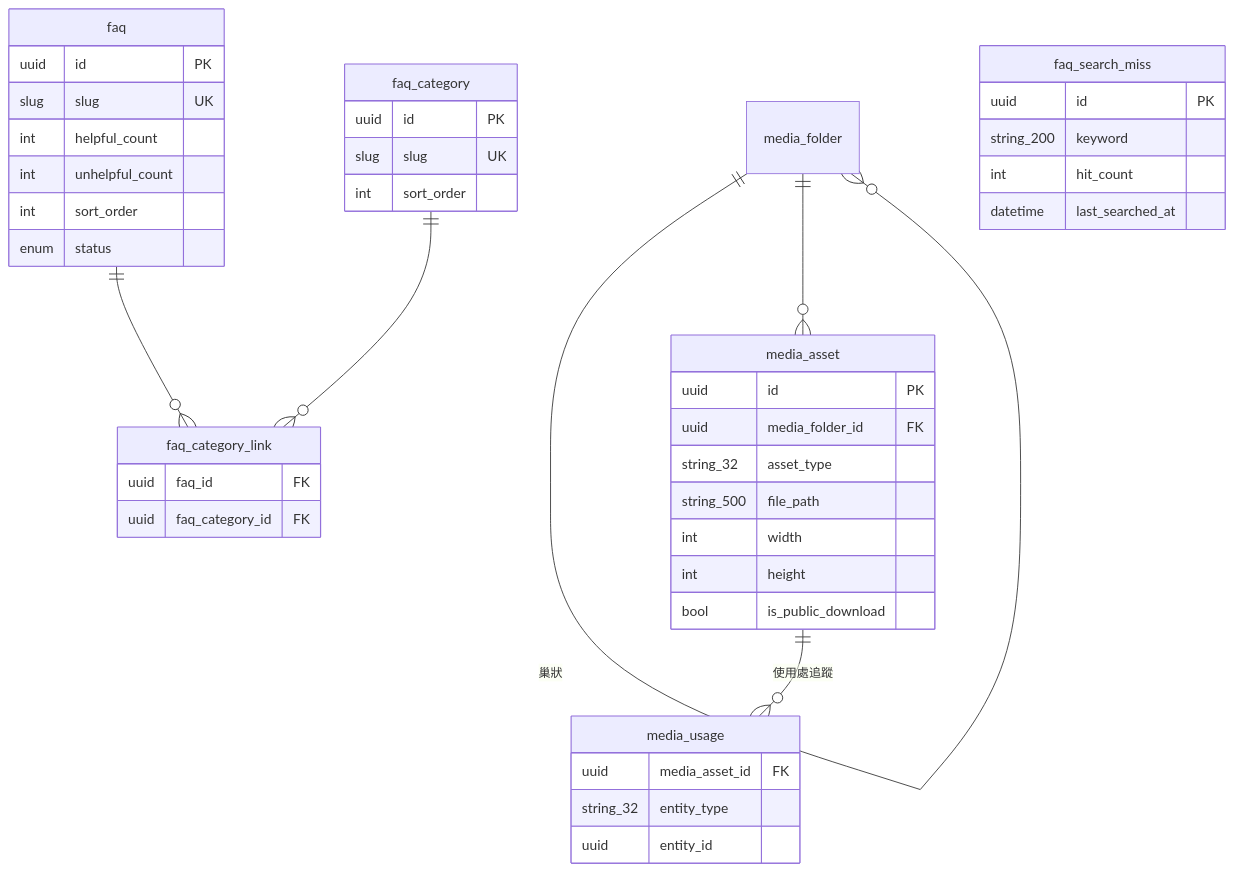
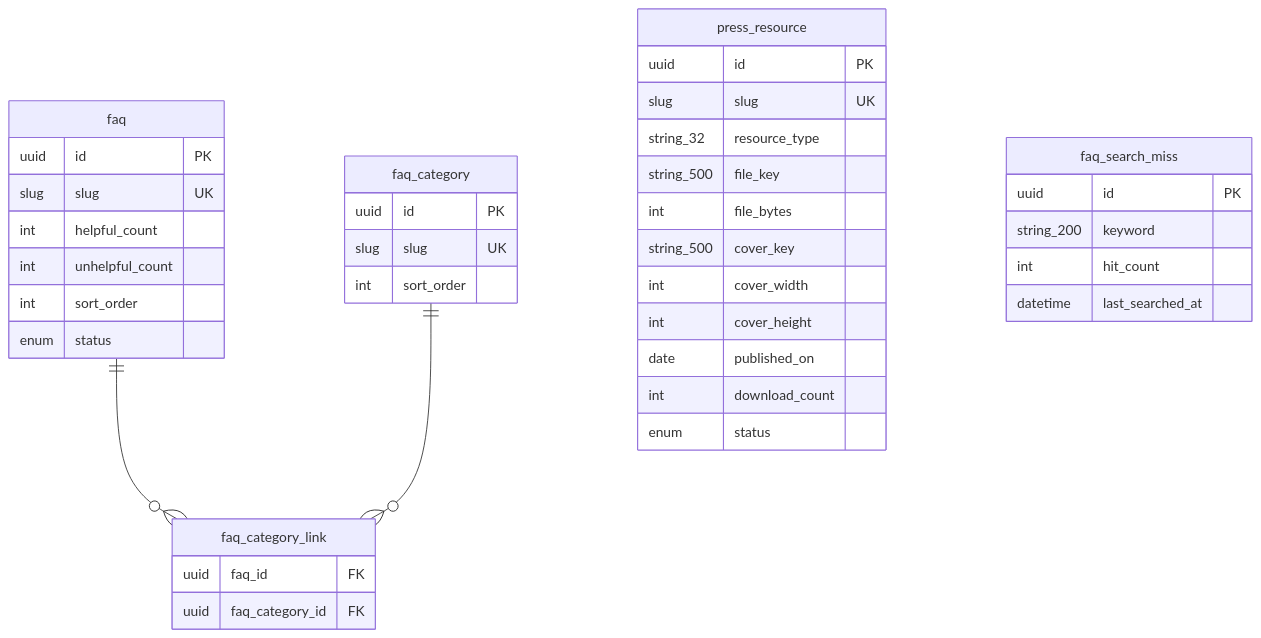
Before and after one commit to waiting0201/tcrfc: the second of 16 diagrams in docs/12a-database-erd.md, drawn with Mermaid. The commit also changed other lines of this file and 24 other files, not shown here.

First line of the commit message:
feat: 後台圖片改為欄位直傳，新增 STATUS.md 工作追蹤表

````diff
--- a/docs/12a-database-erd.md
+++ b/docs/12a-database-erd.md
@@ -105,45 +106,41 @@
 ```mermaid
 erDiagram
-  media_folder ||--o{ media_folder : "巢狀"
-  media_folder ||--o{ media_asset : ""
-  media_asset ||--o{ media_usage : "使用處追蹤"
   faq ||--o{ faq_category_link : ""
   faq_category ||--o{ faq_category_link : ""
-  media_asset {
+  press_resource {
     uuid id PK
-    uuid media_folder_id FK
-    string_32 asset_type
-    string_500 file_path
-    int width
-    int height
-    bool is_public_download
-  }
-  media_usage {
-    uuid media_asset_id FK
-    string_32 entity_type
-    uuid entity_id
+    slug slug UK
+    string_32 resource_type
+    string_500 file_key
+    int file_bytes
+    string_500 cover_key
+    int cover_width
+    int cover_height
+    date published_on
+    int download_count
+    enum status
   }
   faq {
     uuid id PK
     slug slug UK
     int helpful_count
     int unhelpful_count
     int sort_order
     enum status
   }
   faq_category {
     uuid id PK
     slug slug UK
     int sort_order
   }
   faq_category_link {
     uuid faq_id FK
     uuid faq_category_id FK
   }
   faq_search_miss {
     uuid id PK
     string_200 keyword
     int hit_count
     datetime last_searched_at
   }
 ```
````
